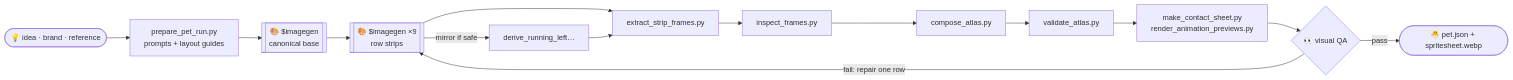
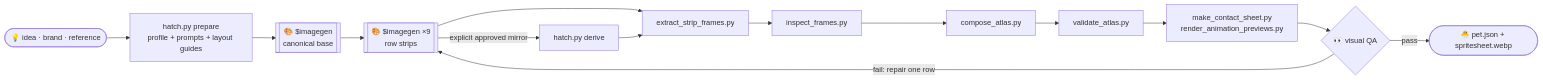
Before and after one commit to CompleteDotTech/hatch-pet: the diagram in README.md, drawn with Mermaid. The commit also changed other lines of this file and 37 other files, not shown here.

Commit message:
Make hatch-pet resumable and profile-driven

````diff
--- a/README.md
+++ b/README.md
@@ -155,16 +160,16 @@
 ```mermaid
 flowchart LR
-    A([💡 idea · brand · reference]) --> B[prepare_pet_run.py<br/>prompts + layout guides]
+    A([💡 idea · brand · reference]) --> B[hatch.py prepare<br/>profile + prompts + layout guides]
     B --> C[[🎨 $imagegen<br/>canonical base]]
     C --> D[[🎨 $imagegen ×9<br/>row strips]]
-    D -->|mirror if safe| E[derive_running_left…]
+    D -->|explicit approved mirror| E[hatch.py derive]
     D --> F[extract_strip_frames.py]
     E --> F
     F --> G[inspect_frames.py]
     G --> H[compose_atlas.py]
     H --> I[validate_atlas.py]
     I --> J[make_contact_sheet.py<br/>render_animation_previews.py]
     J --> K{👀 visual QA}
     K -->|fail: repair one row| D
     K -->|pass| L([🐣 pet.json + spritesheet.webp])
 ```
````
